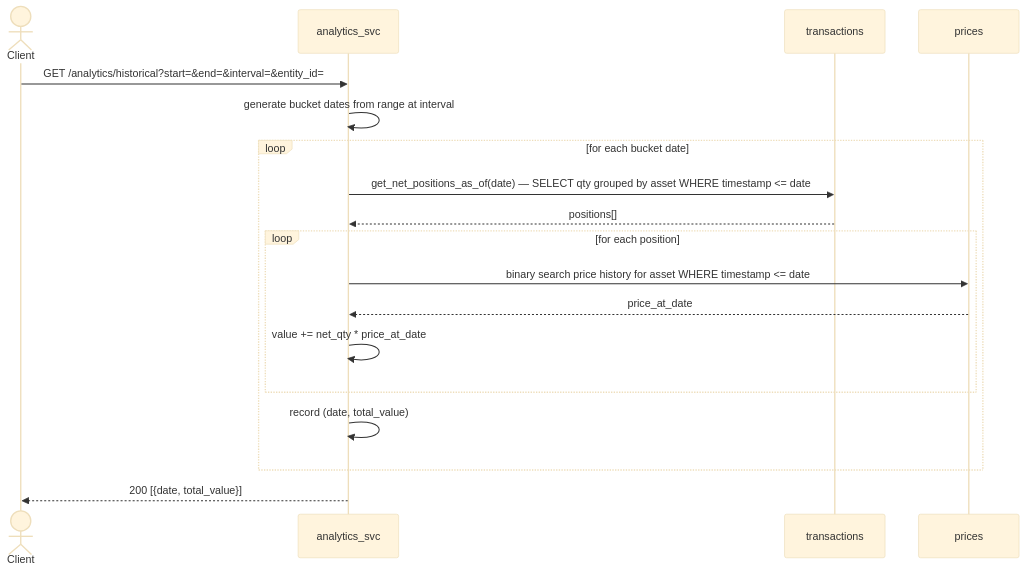
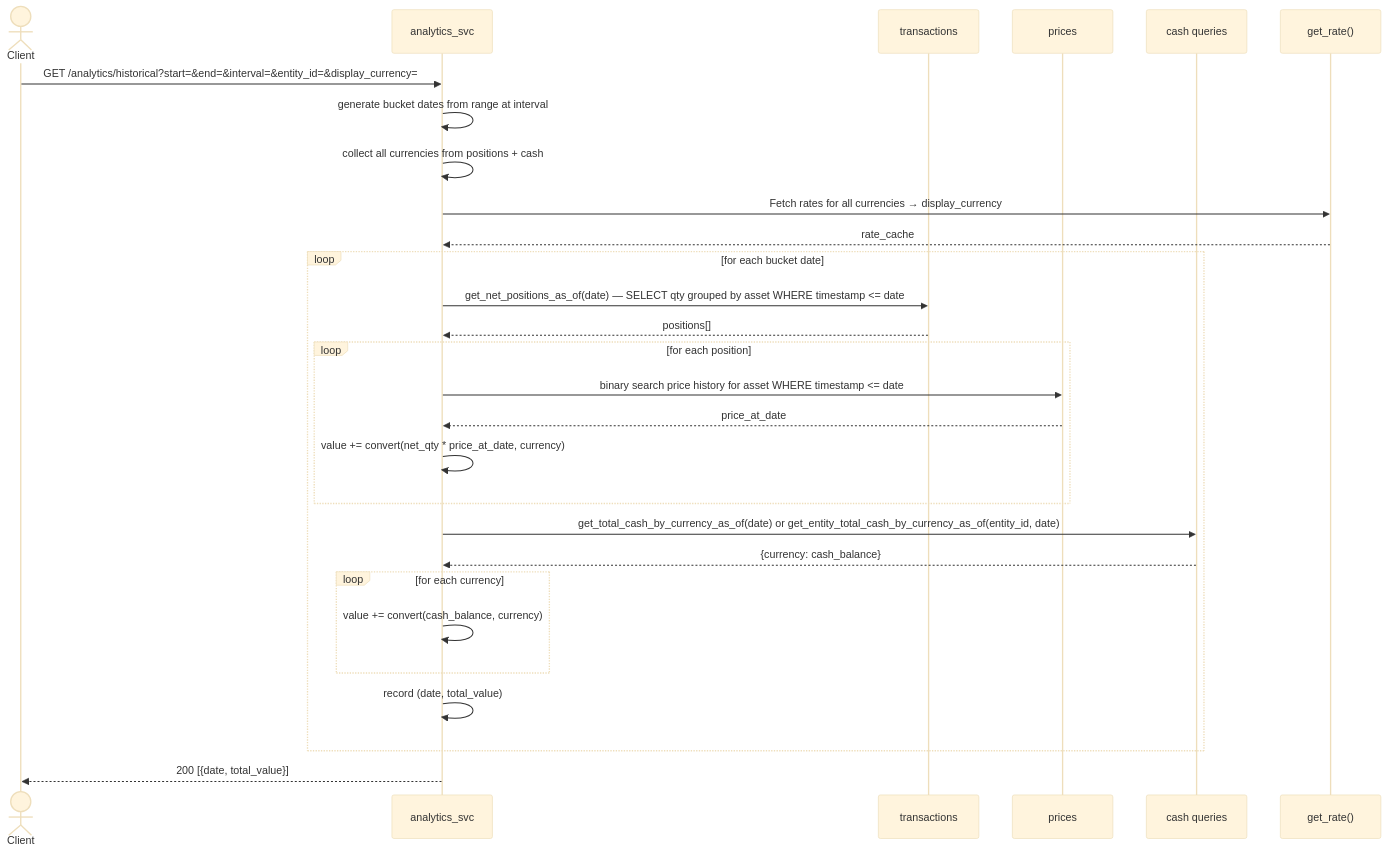
One commit to alvmarrod/personal-fin-hub changed diagram 13 of 14 in doc/workflow.md. Above: the diagram before and after it, drawn with Mermaid (base theme). The commit also changed other lines of this file and 9 other files, not shown here.

````diff
--- a/doc/workflow.md
+++ b/doc/workflow.md
@@ -1188,21 +1225,31 @@
 ```mermaid
 sequenceDiagram
     actor Client
     participant Svc as analytics_svc
     participant DB_tx as transactions
     participant DB_pr as prices
+    participant DB_cash as cash queries
+    participant Rates as get_rate()
 
-    Client->>Svc: GET /analytics/historical?start=&end=&interval=&entity_id=
+    Client->>Svc: GET /analytics/historical?start=&end=&interval=&entity_id=&display_currency=
     Svc->>Svc: generate bucket dates from range at interval
+    Svc->>Svc: collect all currencies from positions + cash
+    Svc->>Rates: Fetch rates for all currencies → display_currency
+    Rates-->>Svc: rate_cache
     loop for each bucket date
         Svc->>DB_tx: get_net_positions_as_of(date) — SELECT qty grouped by asset WHERE timestamp <= date
         DB_tx-->>Svc: positions[]
         loop for each position
             Svc->>DB_pr: binary search price history for asset WHERE timestamp <= date
             DB_pr-->>Svc: price_at_date
-            Svc->>Svc: value += net_qty * price_at_date
+            Svc->>Svc: value += convert(net_qty * price_at_date, currency)
+        end
+        Svc->>DB_cash: get_total_cash_by_currency_as_of(date) or get_entity_total_cash_by_currency_as_of(entity_id, date)
+        DB_cash-->>Svc: {currency: cash_balance}
+        loop for each currency
+            Svc->>Svc: value += convert(cash_balance, currency)
         end
         Svc->>Svc: record (date, total_value)
     end
     Svc-->>Client: 200 [{date, total_value}]
 ```
````
